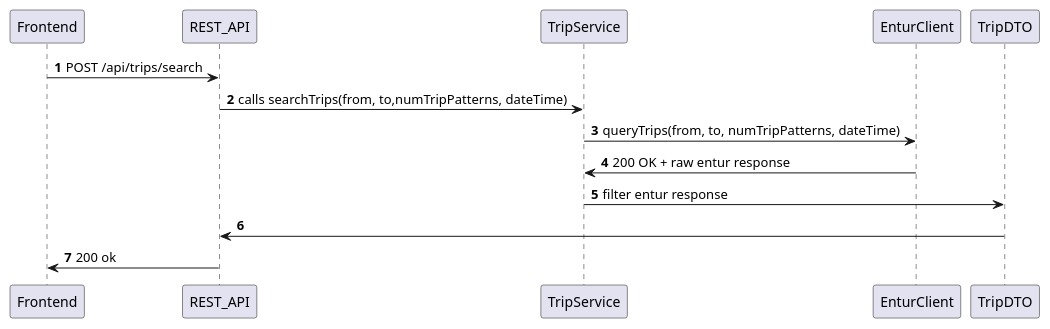
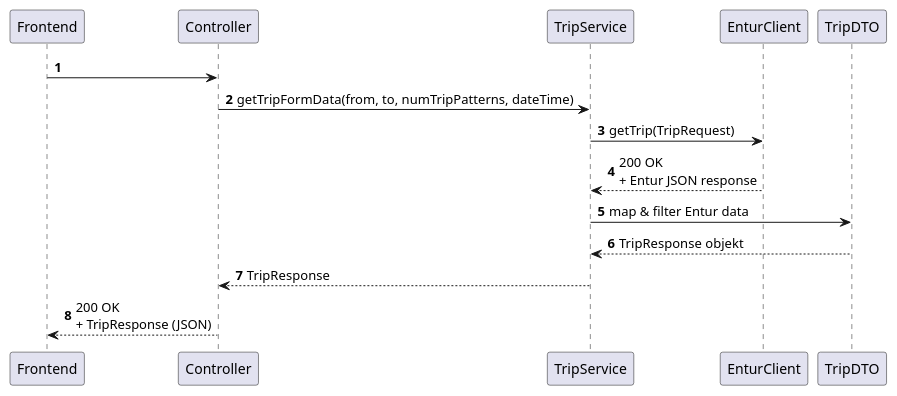
Before and after one commit to nafisaaay/SET-group-7: the diagram in backend/src/modellering/TripSequence.puml, drawn with PlantUML. The commit also changed 7 other files, not shown here.

Commit message:
feat: - utkast av rute display - oppdattert uml-diagramene

```diff
--- a/backend/src/modellering/TripSequence.puml
+++ b/backend/src/modellering/TripSequence.puml
@@ -1,17 +1,18 @@
 @startuml
 'https://plantuml.com/sequence-diagram
 
 autonumber
 
-Frontend -> REST_API: POST /api/trips/search
-REST_API -> TripService: calls searchTrips(from, to,numTripPatterns, dateTime)
-TripService -> EnturClient: queryTrips(from, to, numTripPatterns, dateTime)
-EnturClient -> TripService: 200 OK + raw entur response
-TripService -> TripDTO: filter entur response
-TripDTO -> REST_API
-REST_API -> Frontend: 200 ok
 
 
+Frontend  -> Controller
+Controller -> TripService: getTripFormData(from, to, numTripPatterns, dateTime)
+TripService -> EnturClient: getTrip(TripRequest)
+EnturClient --> TripService: 200 OK\n+ Entur JSON response
+TripService -> TripDTO: map & filter Entur data
+TripDTO --> TripService: TripResponse objekt
+TripService --> Controller: TripResponse
+Controller --> Frontend: 200 OK\n+ TripResponse (JSON)
 
 
 @enduml
```
